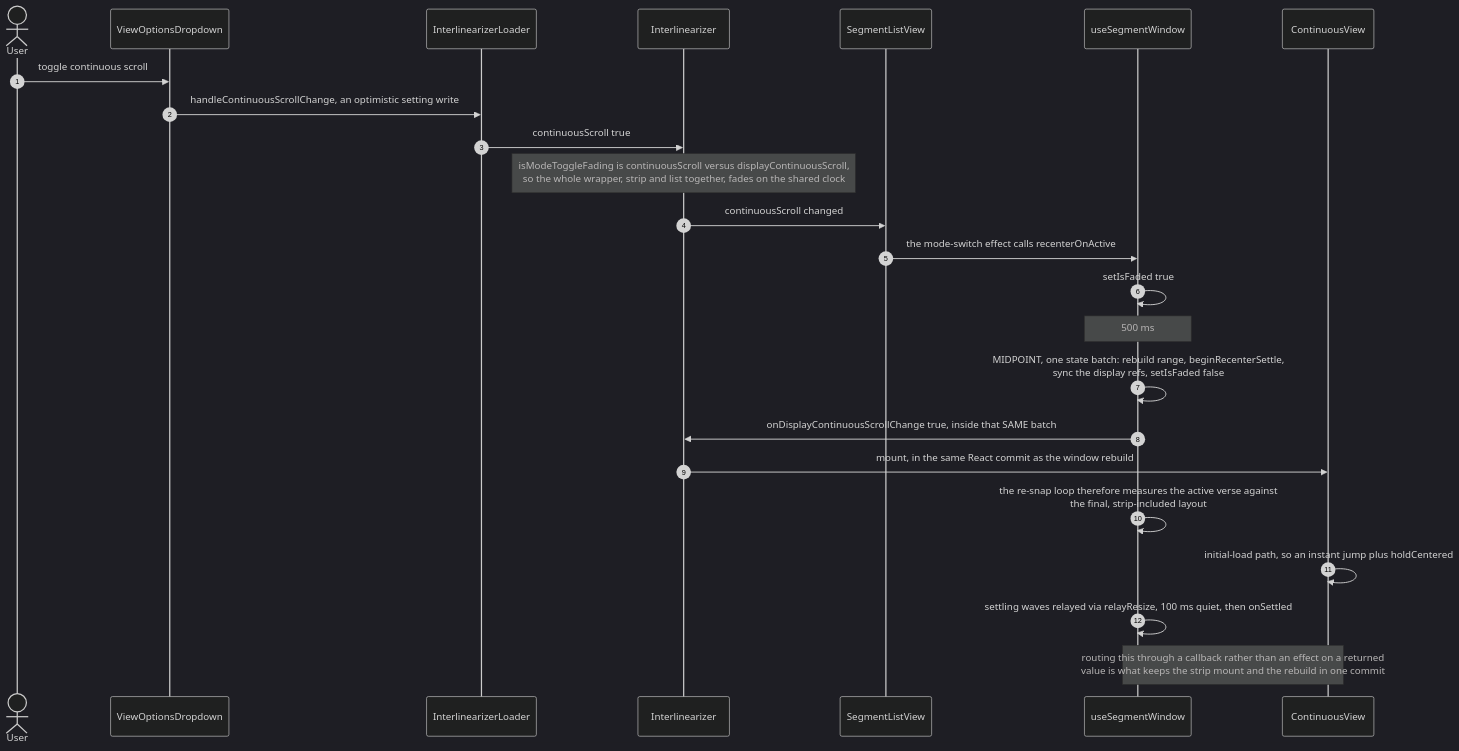
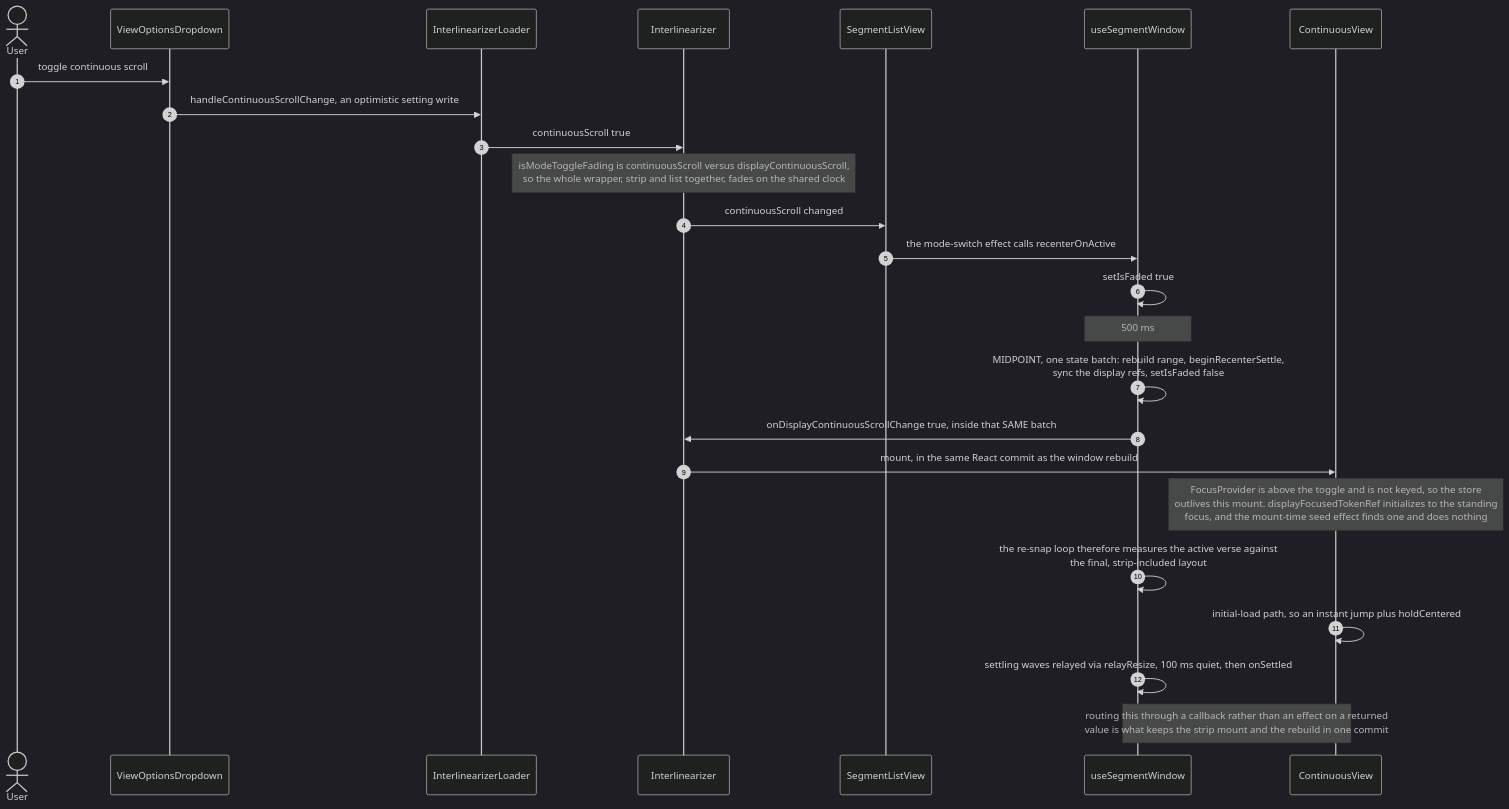
One commit to sillsdev/interlinearizer-extension changed the sixth of 6 diagrams in docs/navigation/04-scenarios.md. Above: the diagram before and after it, drawn with Mermaid (dark theme). The commit also changed other lines of this file and 3 other files, not shown here.

````diff
--- a/docs/navigation/04-scenarios.md
+++ b/docs/navigation/04-scenarios.md
@@ -216,27 +265,28 @@
 ```mermaid
 sequenceDiagram
     autonumber
     actor U as User
     participant V as ViewOptionsDropdown
     participant L as InterlinearizerLoader
     participant I as Interlinearizer
     participant SL as SegmentListView
     participant W as useSegmentWindow
     participant S as ContinuousView
 
     U->>V: toggle continuous scroll
     V->>L: handleContinuousScrollChange, an optimistic setting write
     L->>I: continuousScroll true
     Note over I: isModeToggleFading is continuousScroll versus displayContinuousScroll,<br/>so the whole wrapper, strip and list together, fades on the shared clock
     I->>SL: continuousScroll changed
     SL->>W: the mode-switch effect calls recenterOnActive
     W->>W: setIsFaded true
     Note over W: 500 ms
     W->>W: MIDPOINT, one state batch: rebuild range, beginRecenterSettle,<br/>sync the display refs, setIsFaded false
     W->>I: onDisplayContinuousScrollChange true, inside that SAME batch
     I->>S: mount, in the same React commit as the window rebuild
+    Note over S: FocusProvider is above the toggle and is not keyed, so the store<br/>outlives this mount. displayFocusedTokenRef initializes to the standing<br/>focus, and the mount-time seed effect finds one and does nothing
     W->>W: the re-snap loop therefore measures the active verse against<br/>the final, strip-included layout
     S->>S: initial-load path, so an instant jump plus holdCentered
     W->>W: settling waves relayed via relayResize, 100 ms quiet, then onSettled
     Note over W,S: routing this through a callback rather than an effect on a returned<br/>value is what keeps the strip mount and the rebuild in one commit
 ```
````
